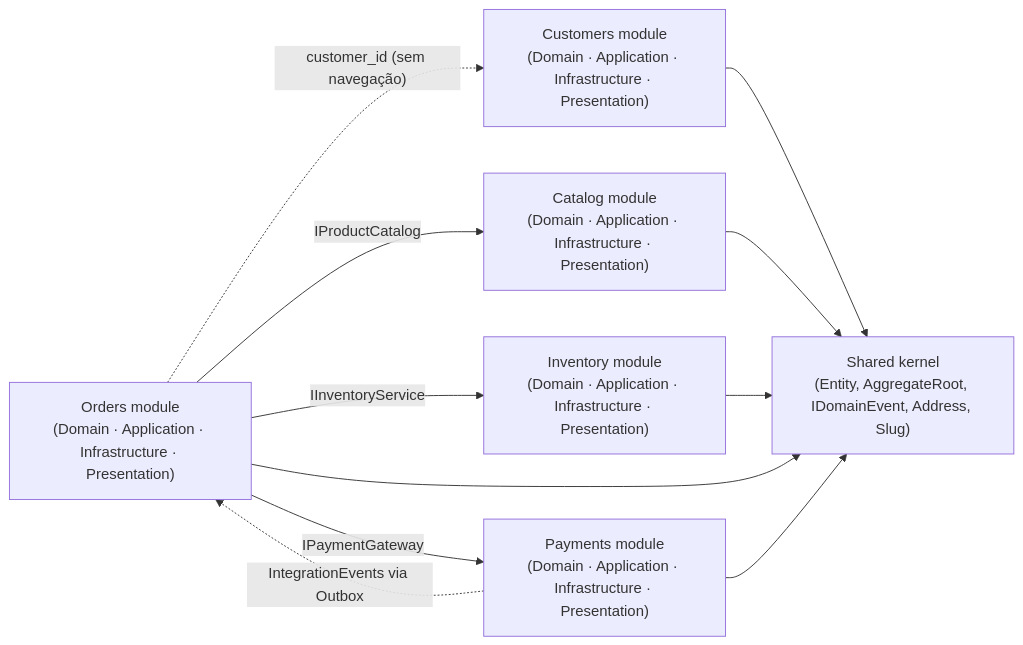
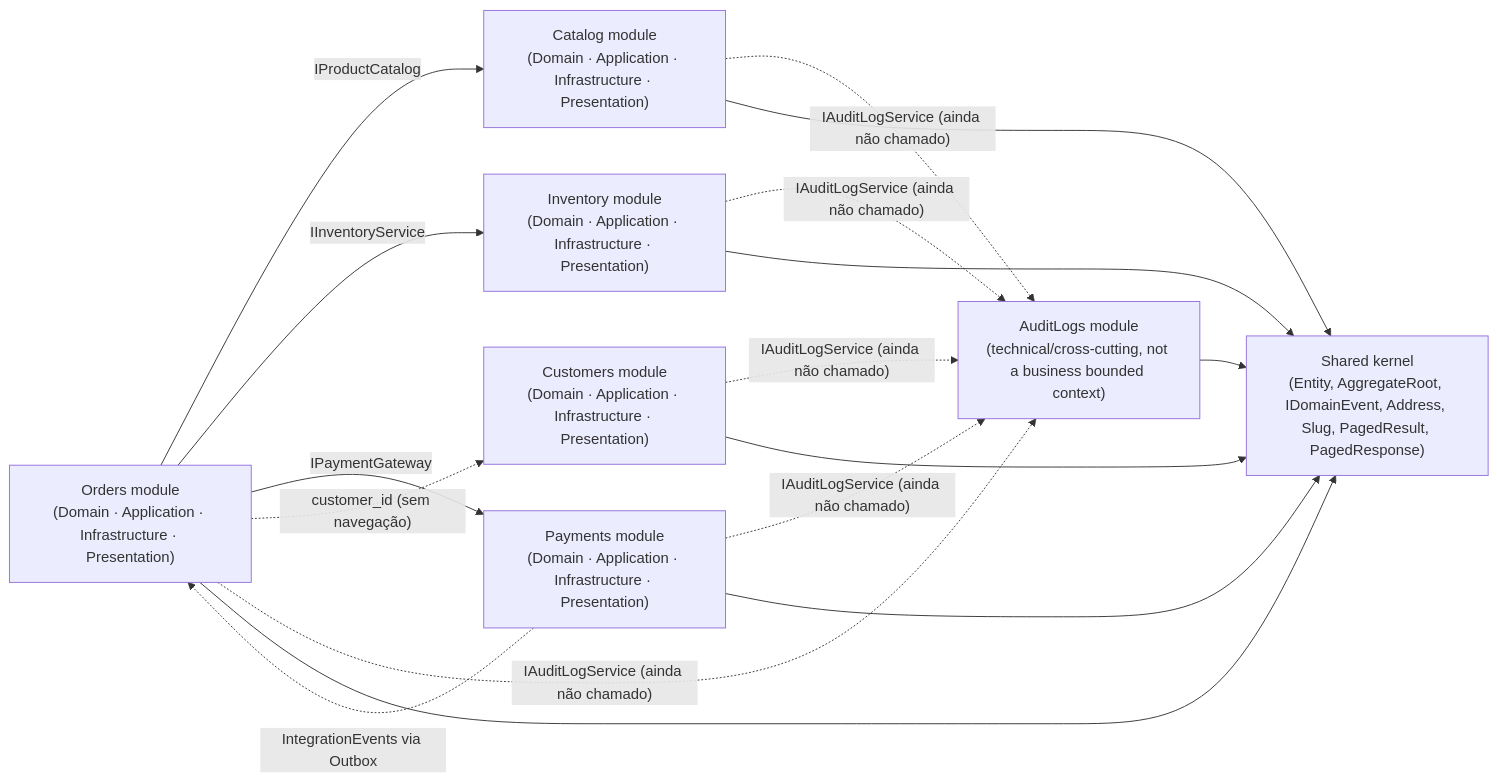
One commit to Leo-Slv/OrderCore changed the diagram in docs/diagrams/implementation-class/00-overview.md. Above: the diagram before and after it, drawn with Mermaid. The commit also changed other lines of this file and 2 other files, not shown here.

Commit message:
docs: add AuditLogs implementation class diagram
Add docs/diagrams/implementation-class/07-auditlogs.md documenting the
AuditLogs module added in the previous commit, and reference it from the
index (implementation-class.md) and the module dependency overview
(00-overview.md), including the (not yet called) IAuditLogService edges
from every business module.

Unlike modules 2-6 in this folder, which are an architecture blueprint
not yet fully built, this diagram reflects code that already exists —
called out explicitly in both the diagram and the overview so the two
kinds of diagram aren't mistaken for each other.

````diff
--- a/docs/diagrams/implementation-class/00-overview.md
+++ b/docs/diagrams/implementation-class/00-overview.md
@@ -5,21 +5,28 @@
 ```mermaid
 graph LR
     Customers["Customers module\n(Domain · Application · Infrastructure · Presentation)"]
     Catalog["Catalog module\n(Domain · Application · Infrastructure · Presentation)"]
     Inventory["Inventory module\n(Domain · Application · Infrastructure · Presentation)"]
     Orders["Orders module\n(Domain · Application · Infrastructure · Presentation)"]
     Payments["Payments module\n(Domain · Application · Infrastructure · Presentation)"]
-    Shared["Shared kernel\n(Entity, AggregateRoot, IDomainEvent, Address, Slug)"]
+    AuditLogs["AuditLogs module\n(technical/cross-cutting, not a business bounded context)"]
+    Shared["Shared kernel\n(Entity, AggregateRoot, IDomainEvent, Address, Slug, PagedResult, PagedResponse)"]
 
     Orders -->|IProductCatalog| Catalog
     Orders -->|IInventoryService| Inventory
     Orders -->|IPaymentGateway| Payments
     Orders -.->|"customer_id (sem navegação)"| Customers
     Payments -.->|IntegrationEvents via Outbox| Orders
+    Orders -.->|"IAuditLogService (ainda não chamado)"| AuditLogs
+    Payments -.->|"IAuditLogService (ainda não chamado)"| AuditLogs
+    Inventory -.->|"IAuditLogService (ainda não chamado)"| AuditLogs
+    Catalog -.->|"IAuditLogService (ainda não chamado)"| AuditLogs
+    Customers -.->|"IAuditLogService (ainda não chamado)"| AuditLogs
 
     Customers --> Shared
     Catalog --> Shared
     Inventory --> Shared
     Orders --> Shared
     Payments --> Shared
+    AuditLogs --> Shared
 ```
````
